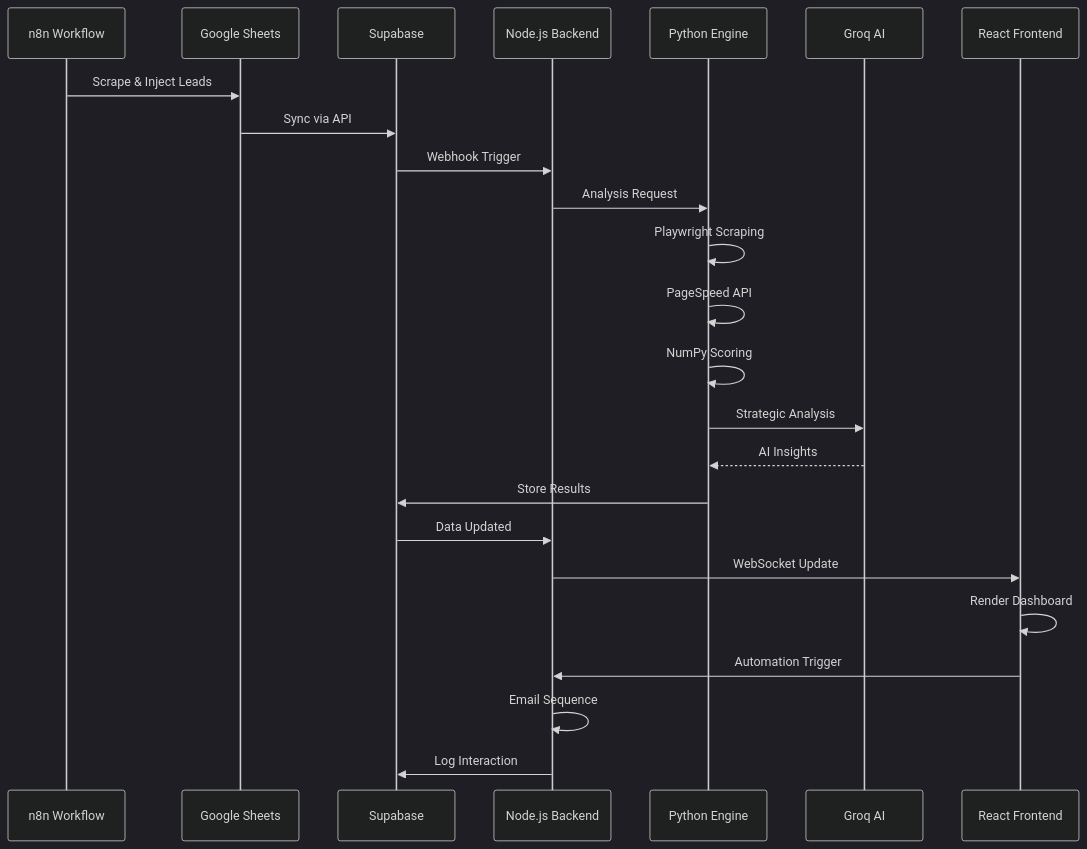
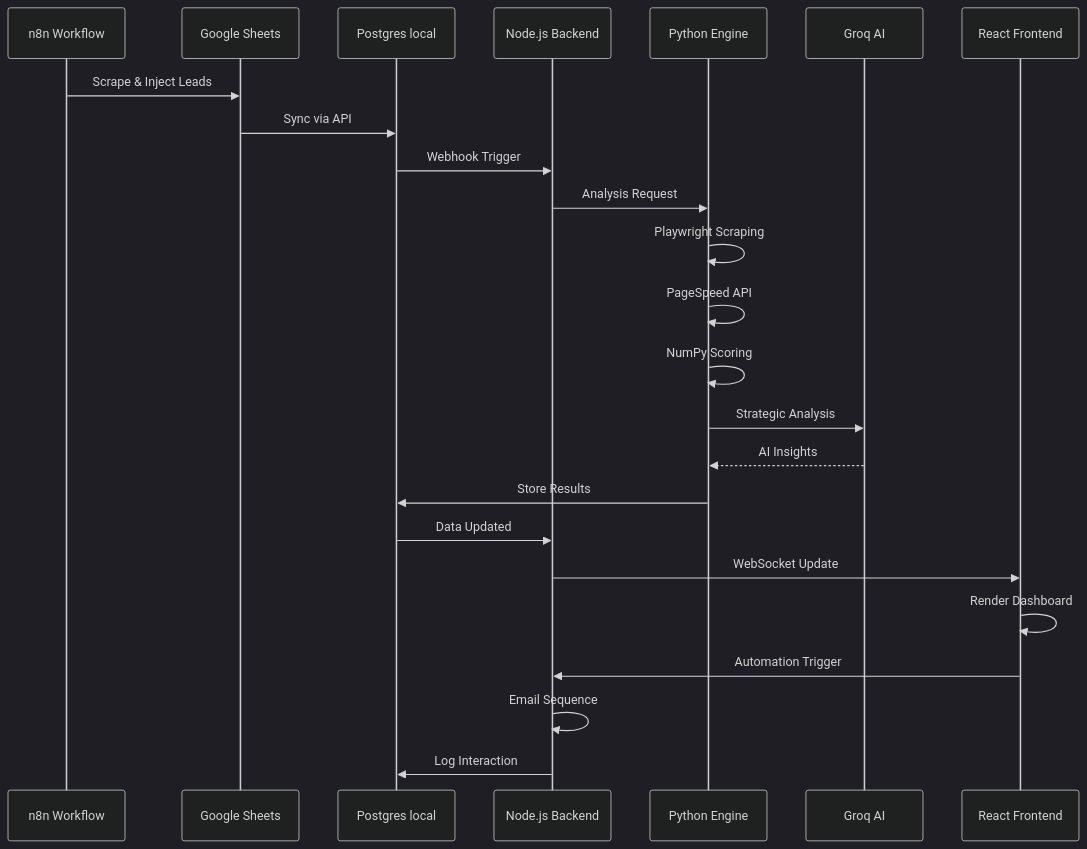
Before and after one commit to alyekseyenko/alygen: the second of 2 diagrams in Documentos_Finais/GOOGLECODE_ARCHITECTURE_2026.md, drawn with Mermaid (dark theme). The commit also changed other lines of this file and 255 other files, not shown here.

````diff
--- a/Documentos_Finais/GOOGLECODE_ARCHITECTURE_2026.md
+++ b/Documentos_Finais/GOOGLECODE_ARCHITECTURE_2026.md
@@ -715,30 +715,30 @@
 ```mermaid
 sequenceDiagram
     participant n8n as n8n Workflow
     participant GS as Google Sheets
-    participant SB as Supabase
+    participant SB as Postgres local
     participant Node as Node.js Backend
     participant Py as Python Engine
     participant AI as Groq AI
     participant Front as React Frontend
     
     n8n->>GS: Scrape & Inject Leads
     GS->>SB: Sync via API
     SB->>Node: Webhook Trigger
     Node->>Py: Analysis Request
     
     Py->>Py: Playwright Scraping
     Py->>Py: PageSpeed API
     Py->>Py: NumPy Scoring
     Py->>AI: Strategic Analysis
     
     AI-->>Py: AI Insights
     Py->>SB: Store Results
     SB->>Node: Data Updated
     Node->>Front: WebSocket Update
     
     Front->>Front: Render Dashboard
     Front->>Node: Automation Trigger
     Node->>Node: Email Sequence
     Node->>SB: Log Interaction
 ```
````
